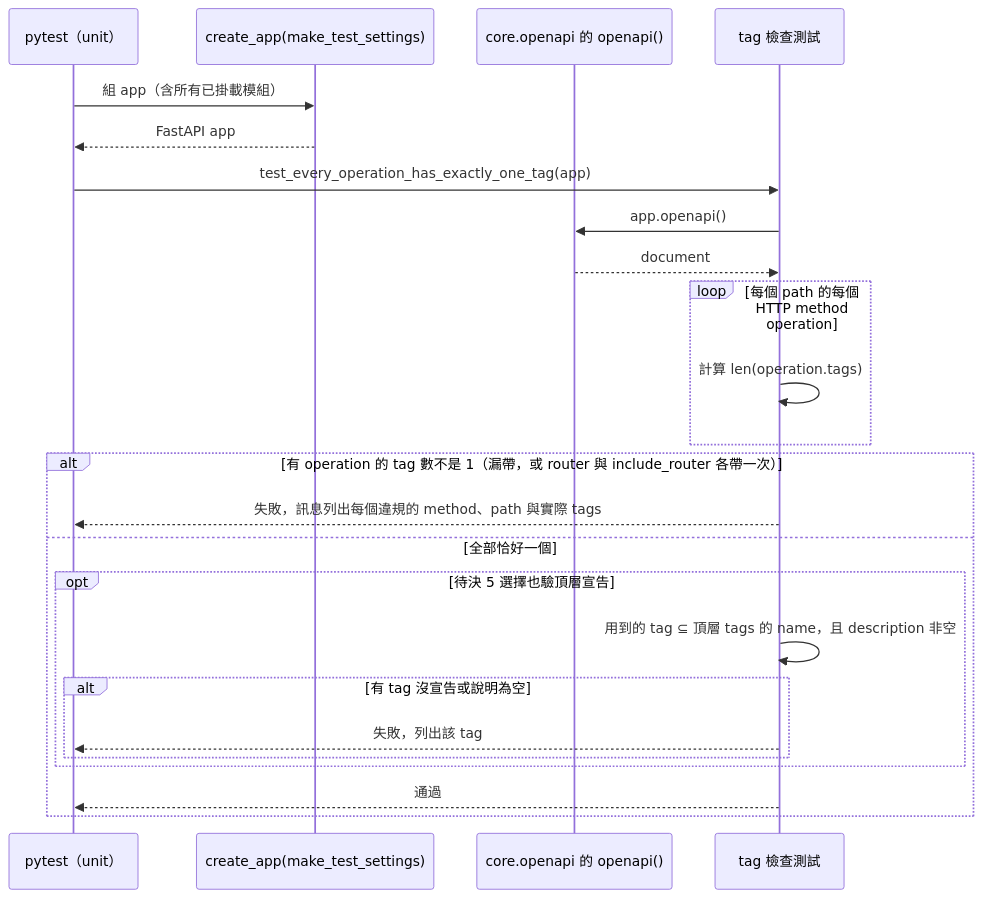
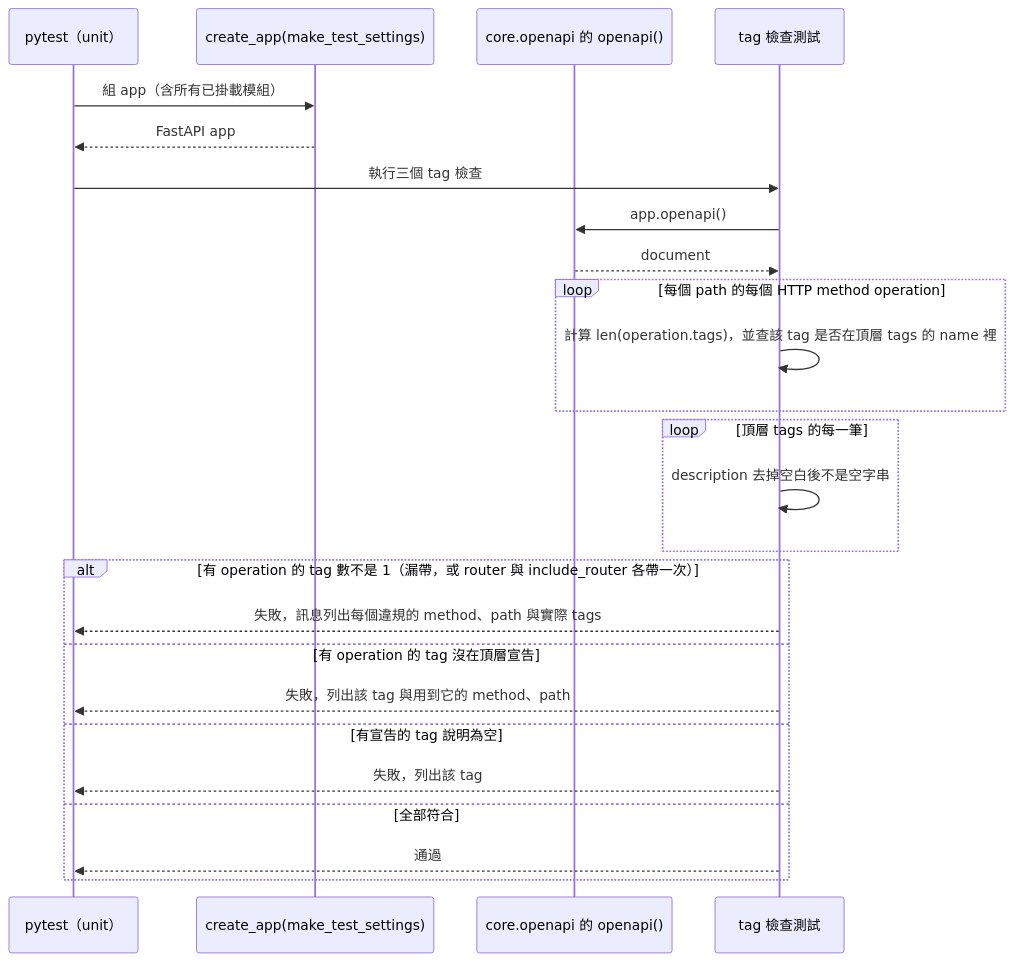
The third of 4 diagrams in openspec/changes/openapi-module-tags/system-design.md (label-suite/label-suite), drawn with Mermaid before and after one commit. The commit also changed other lines of this file and 1 other file, not shown here.

First line of the commit message:
docs: align the openapi-module-tags design and contract (#765)

````diff
--- a/openspec/changes/openapi-module-tags/system-design.md
+++ b/openspec/changes/openapi-module-tags/system-design.md
@@ -151,26 +155,27 @@
 ```mermaid
 sequenceDiagram
   participant Pytest as pytest（unit）
   participant App as create_app(make_test_settings)
   participant Post as core.openapi 的 openapi()
   participant Test as tag 檢查測試
   Pytest->>App: 組 app（含所有已掛載模組）
   App-->>Pytest: FastAPI app
-  Pytest->>Test: test_every_operation_has_exactly_one_tag(app)
+  Pytest->>Test: 執行三個 tag 檢查
   Test->>Post: app.openapi()
   Post-->>Test: document
   loop 每個 path 的每個 HTTP method operation
-    Test->>Test: 計算 len(operation.tags)
+    Test->>Test: 計算 len(operation.tags)，並查該 tag 是否在頂層 tags 的 name 裡
+  end
+  loop 頂層 tags 的每一筆
+    Test->>Test: description 去掉空白後不是空字串
   end
   alt 有 operation 的 tag 數不是 1（漏帶，或 router 與 include_router 各帶一次）
     Test-->>Pytest: 失敗，訊息列出每個違規的 method、path 與實際 tags
-  else 全部恰好一個
-    opt 待決 5 選擇也驗頂層宣告
-      Test->>Test: 用到的 tag ⊆ 頂層 tags 的 name，且 description 非空
-      alt 有 tag 沒宣告或說明為空
-        Test-->>Pytest: 失敗，列出該 tag
-      end
-    end
+  else 有 operation 的 tag 沒在頂層宣告
+    Test-->>Pytest: 失敗，列出該 tag 與用到它的 method、path
+  else 有宣告的 tag 說明為空
+    Test-->>Pytest: 失敗，列出該 tag
+  else 全部符合
     Test-->>Pytest: 通過
   end
 ```
````
